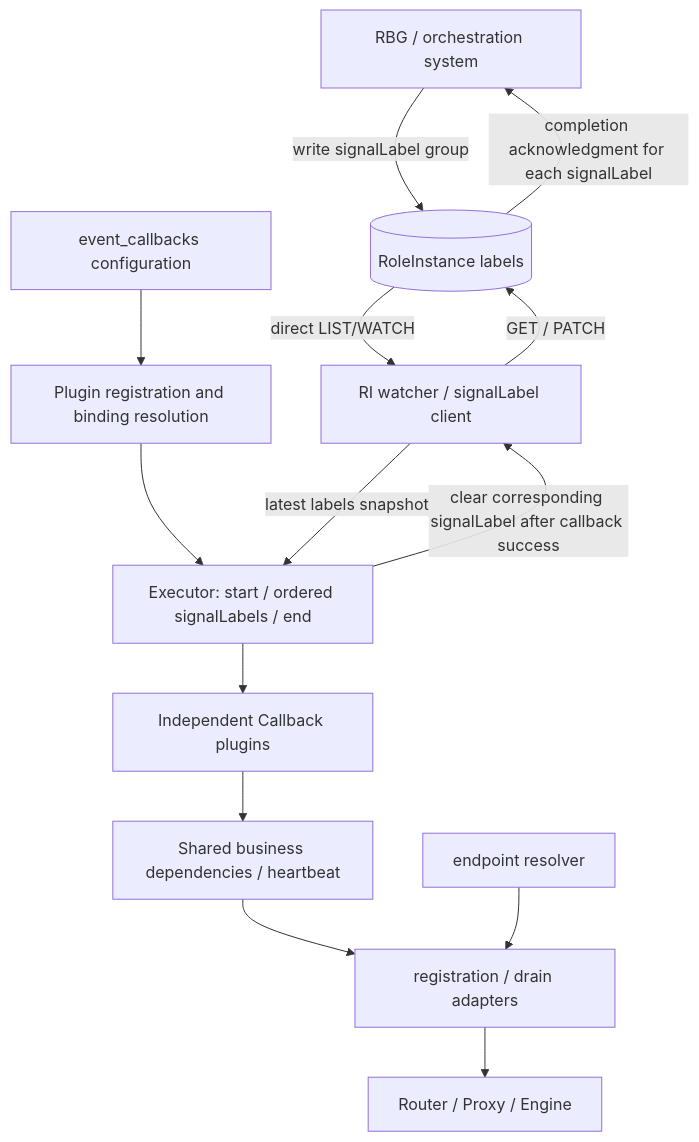
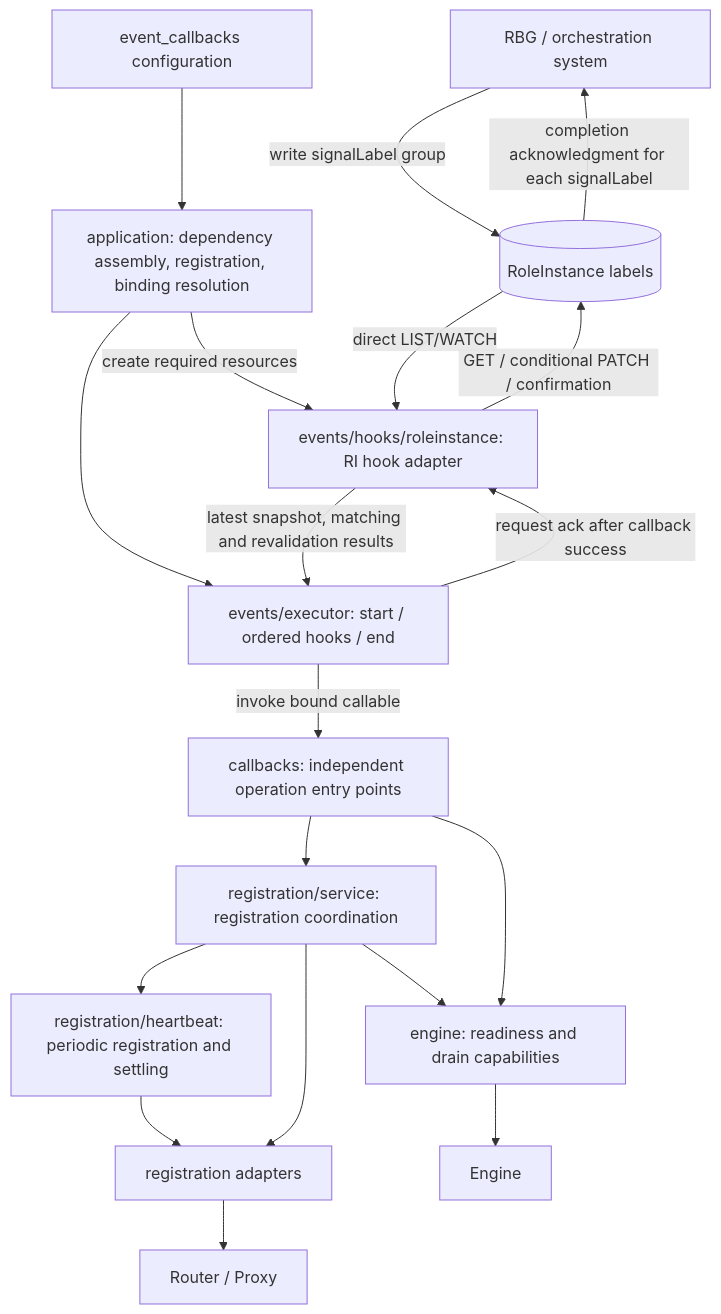
The first of 2 diagrams in proposals/14-roleinstance-lifecycle-hook-executor/README.md (diw-zw/inference-engine-runtime), drawn with Mermaid before and after one commit. The commit also changed other lines of this file and 2 other files, not shown here.

````diff
--- a/proposals/14-roleinstance-lifecycle-hook-executor/README.md
+++ b/proposals/14-roleinstance-lifecycle-hook-executor/README.md
@@ -142,16 +146,21 @@
 ```mermaid
 flowchart TB
     C["RBG / orchestration system"] -->|write signalLabel group| R[("RoleInstance labels")]
-    F["event_callbacks configuration"] --> B["Plugin registration and binding resolution"]
-    B --> X["Executor: start / ordered signalLabels / end"]
-    R -->|direct LIST/WATCH| W["RI watcher / signalLabel client"]
-    W -->|latest labels snapshot| X
-    X -->|clear corresponding signalLabel after callback success| W
-    W -->|GET / PATCH| R
+    F["event_callbacks configuration"] --> B["application: dependency assembly, registration, binding resolution"]
+    B --> X["events/executor: start / ordered hooks / end"]
+    B -->|create required resources| W["events/hooks/roleinstance: RI hook adapter"]
+    R -->|direct LIST/WATCH| W
+    W -->|latest snapshot, matching and revalidation results| X
+    X -->|request ack after callback success| W
+    W -->|GET / conditional PATCH / confirmation| R
     R -->|completion acknowledgment for each signalLabel| C
-    X --> P["Independent Callback plugins"]
-    P --> T["Shared business dependencies / heartbeat"]
-    T --> A["registration / drain adapters"]
-    E["endpoint resolver"] --> A
-    A --> U["Router / Proxy / Engine"]
+    X -->|invoke bound callable| P["callbacks: independent operation entry points"]
+    P --> S["registration/service: registration coordination"]
+    S --> H["registration/heartbeat: periodic registration and settling"]
+    S --> A["registration adapters"]
+    H --> A
+    P --> E["engine: readiness and drain capabilities"]
+    S --> E
+    A --> U["Router / Proxy"]
+    E --> I["Engine"]
 ```
````
